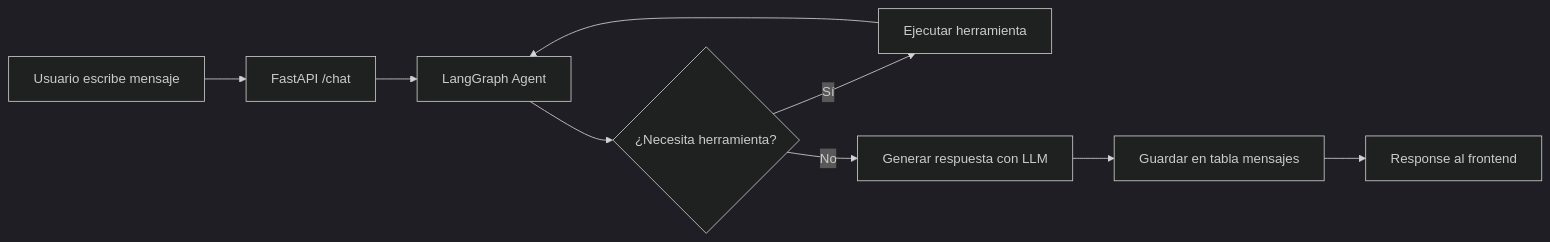
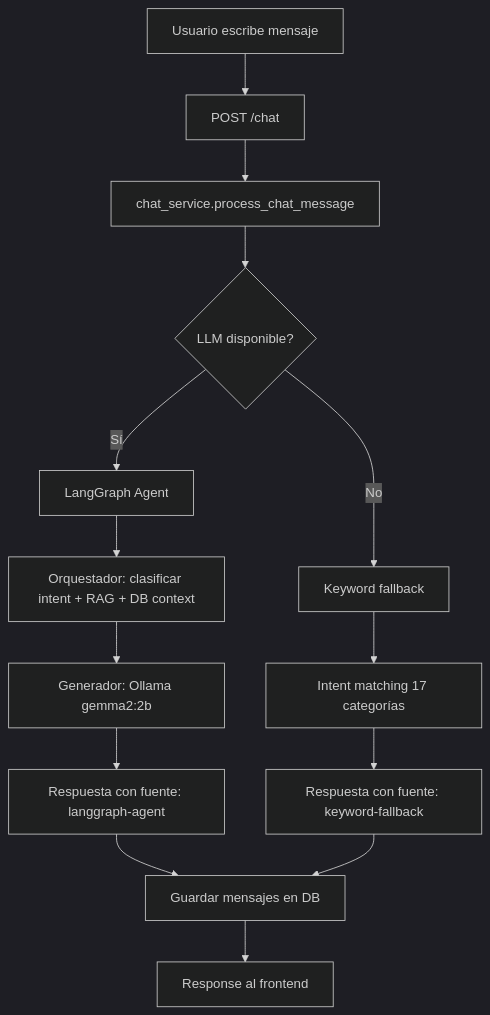
Before and after one commit to jab16jy/TechCamp: the third of 3 diagrams in docs/2-backend/ARQUITECTURA_BACKEND.md, drawn with Mermaid (dark theme). The commit also changed other lines of this file and 29 other files, not shown here.

````diff
--- a/docs/2-backend/ARQUITECTURA_BACKEND.md
+++ b/docs/2-backend/ARQUITECTURA_BACKEND.md
@@ -497,11 +622,19 @@
 ```mermaid
-graph LR
-    A[Usuario escribe mensaje] --> B[FastAPI /chat]
-    B --> C[LangGraph Agent]
-    C --> D{¿Necesita herramienta?}
-    D -->|Sí| E[Ejecutar herramienta]
-    E --> C
-    D -->|No| F[Generar respuesta con LLM]
-    F --> G[Guardar en tabla mensajes]
-    G --> H[Response al frontend]
+graph TD
+    A[Usuario escribe mensaje] --> B[POST /chat]
+    B --> C[chat_service.process_chat_message]
+    C --> D{LLM disponible?}
+    D -->|Sí| E[LangGraph Agent]
+    D -->|No| F[Keyword fallback]
+
+    E --> G[Orquestador: clasificar intent + RAG + DB context]
+    G --> H[Generador: Ollama gemma2:2b]
+    H --> I[Respuesta con fuente: langgraph-agent]
+
+    F --> J[Intent matching 17 categorías]
+    J --> K[Respuesta con fuente: keyword-fallback]
+
+    I --> L[Guardar mensajes en DB]
+    K --> L
+    L --> M[Response al frontend]
 ```
````
